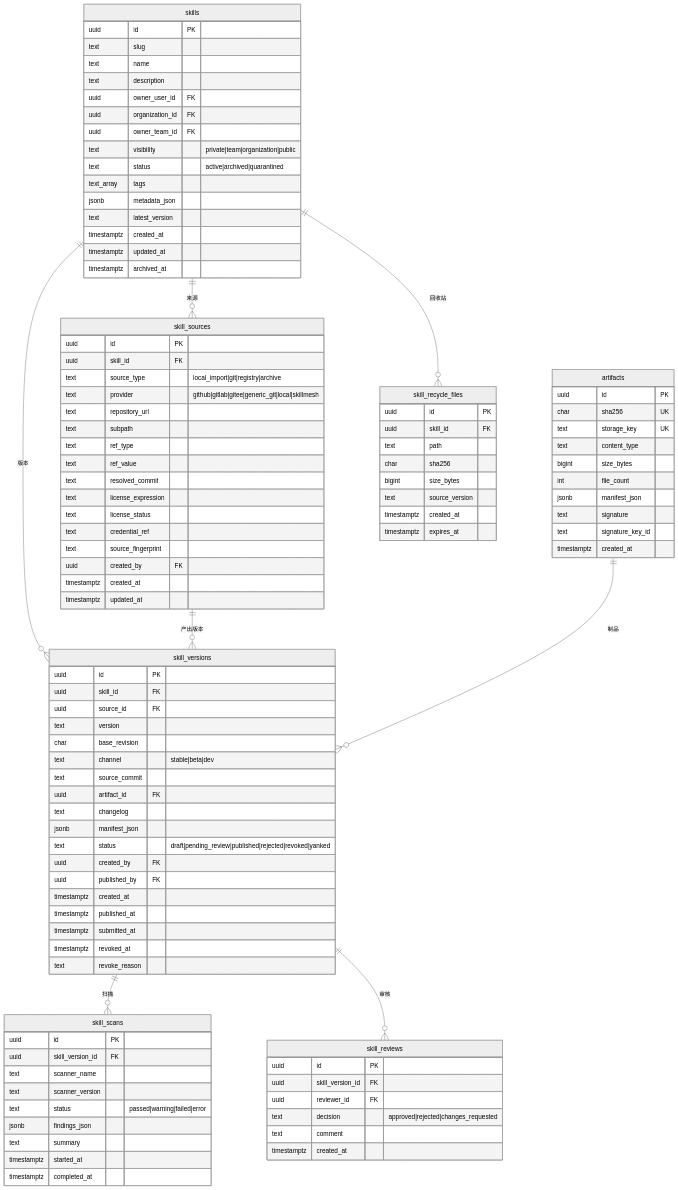
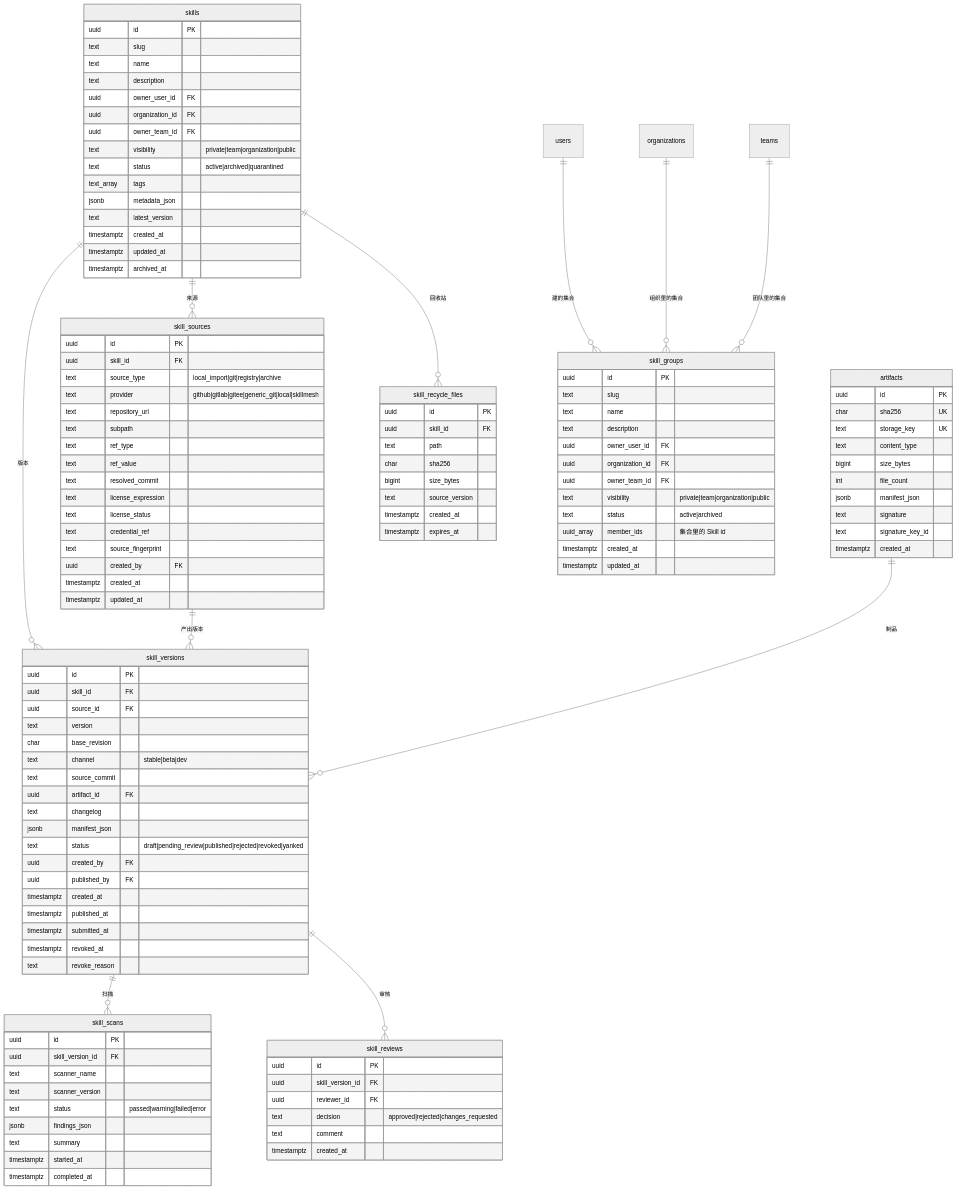
Before and after one commit to handaome/skillMesh: the second of 6 diagrams in docs/数据库ER图.md, drawn with Mermaid (neutral theme). The commit also changed other lines of this file and 1 other file, not shown here.

Commit message:
docs: ER 图补上 skill_groups，验收清单改成十八条都有断言
ER 图漏了 V4 加的 skill_groups（表头写的还是 20 张表），现在 22 张表与
迁移链对得上；skill_groups 的成员是 uuid[]，不是连接表，读的时候要自己
滤掉已经不存在的 id。

§4.3 的覆盖状态改成逐条写明：SEC-001、API-001、GIT-001、INST-001、
UPD-001 与新增的 BK-001 各有什么断言。

````diff
--- a/docs/数据库ER图.md
+++ b/docs/数据库ER图.md
@@ -193,6 +193,20 @@
         timestamptz created_at
         timestamptz expires_at
     }
+    skill_groups {
+        uuid id PK
+        text slug
+        text name
+        text description
+        uuid owner_user_id FK
+        uuid organization_id FK
+        uuid owner_team_id FK
+        text visibility "private|team|organization|public"
+        text status "active|archived"
+        uuid_array member_ids "集合里的 Skill id"
+        timestamptz created_at
+        timestamptz updated_at
+    }
 
     skills ||--o{ skill_sources : "来源"
     skills ||--o{ skill_versions : "版本"
@@ -201,4 +215,7 @@
     artifacts ||--o{ skill_versions : "制品"
     skill_versions ||--o{ skill_scans : "扫描"
     skill_versions ||--o{ skill_reviews : "审核"
+    users ||--o{ skill_groups : "建的集合"
+    organizations ||--o{ skill_groups : "组织里的集合"
+    teams ||--o{ skill_groups : "团队里的集合"
 ```
````
